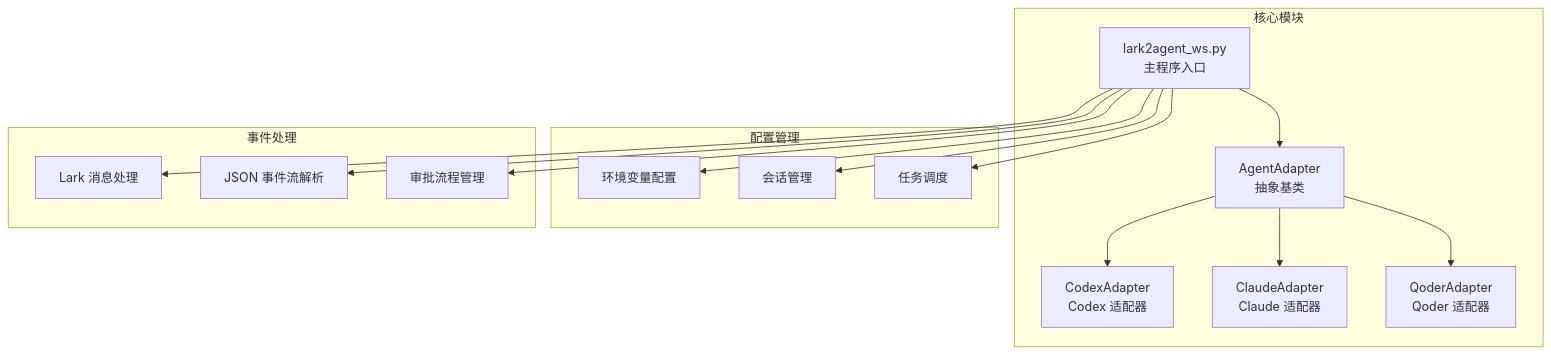
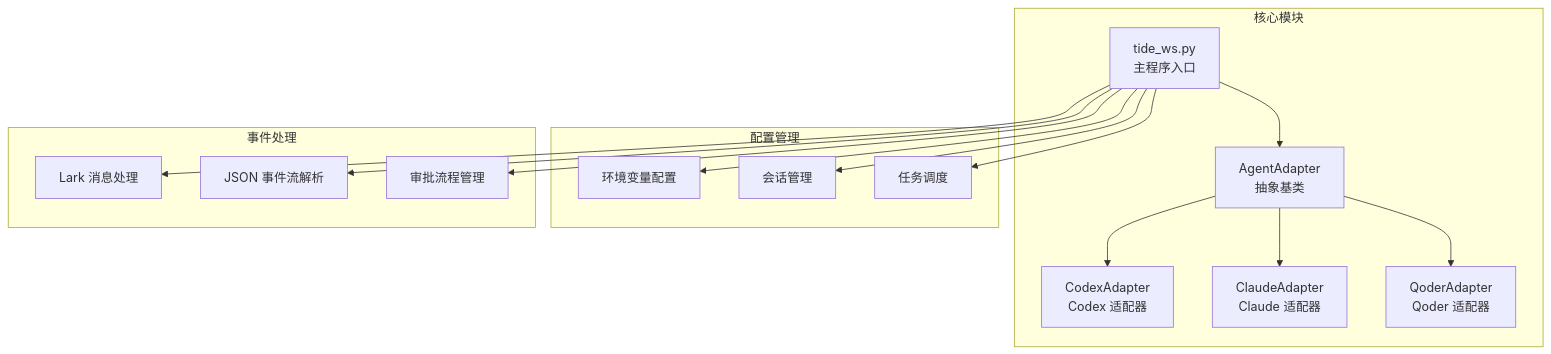
The first of 10 diagrams in .qoder/repowiki/zh/content/核心功能详解/Agent CLI 集成.md (winditer/tide), drawn with Mermaid before and after one commit. The commit also changed other lines of this file and 260 other files, not shown here.

````diff
--- a/.qoder/repowiki/zh/content/核心功能详解/Agent CLI 集成.md
+++ b/.qoder/repowiki/zh/content/核心功能详解/Agent CLI 集成.md
@@ -30,30 +30,30 @@
 ```mermaid
 graph TB
 subgraph "核心模块"
-A[lark2agent_ws.py<br/>主程序入口]
+A[tide_ws.py<br/>主程序入口]
 B[AgentAdapter<br/>抽象基类]
 C[CodexAdapter<br/>Codex 适配器]
 D[ClaudeAdapter<br/>Claude 适配器]
 E[QoderAdapter<br/>Qoder 适配器]
 end
 subgraph "配置管理"
 F[环境变量配置]
 G[会话管理]
 H[任务调度]
 end
 subgraph "事件处理"
 I[Lark 消息处理]
 J[JSON 事件流解析]
 K[审批流程管理]
 end
 A --> B
 B --> C
 B --> D
 B --> E
 A --> F
 A --> G
 A --> H
 A --> I
 A --> J
 A --> K
 ```
````
